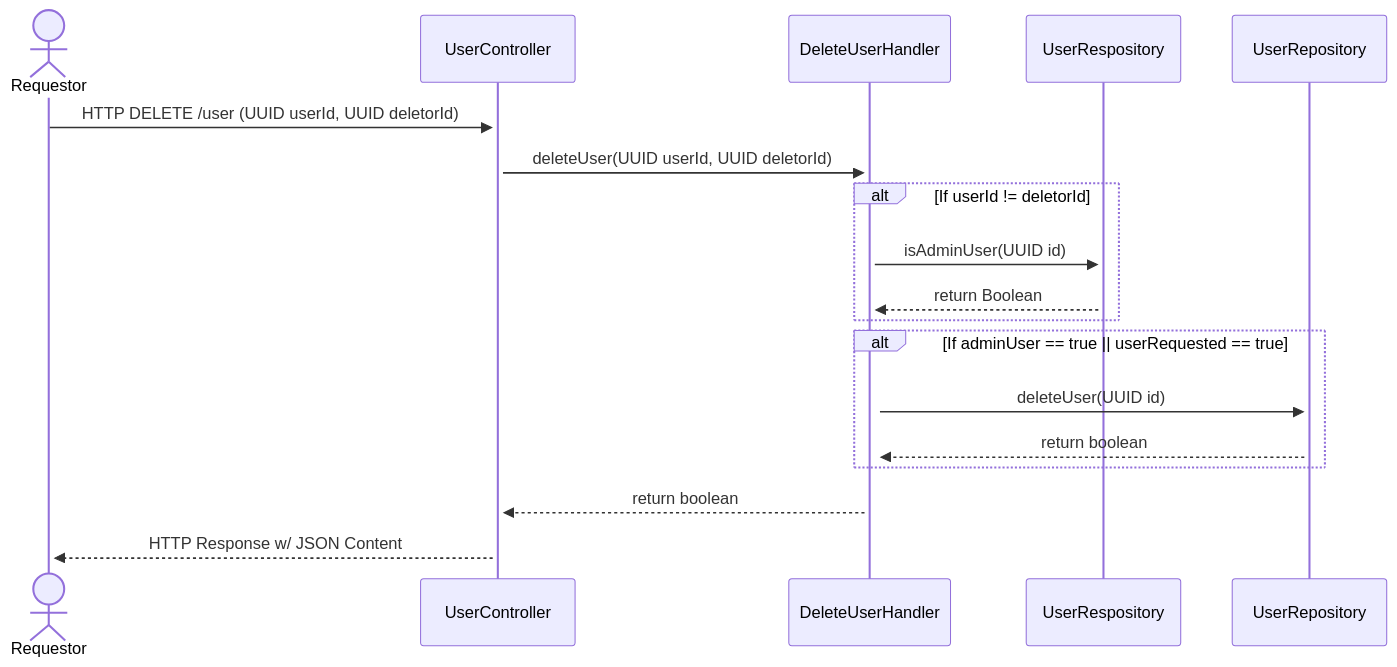
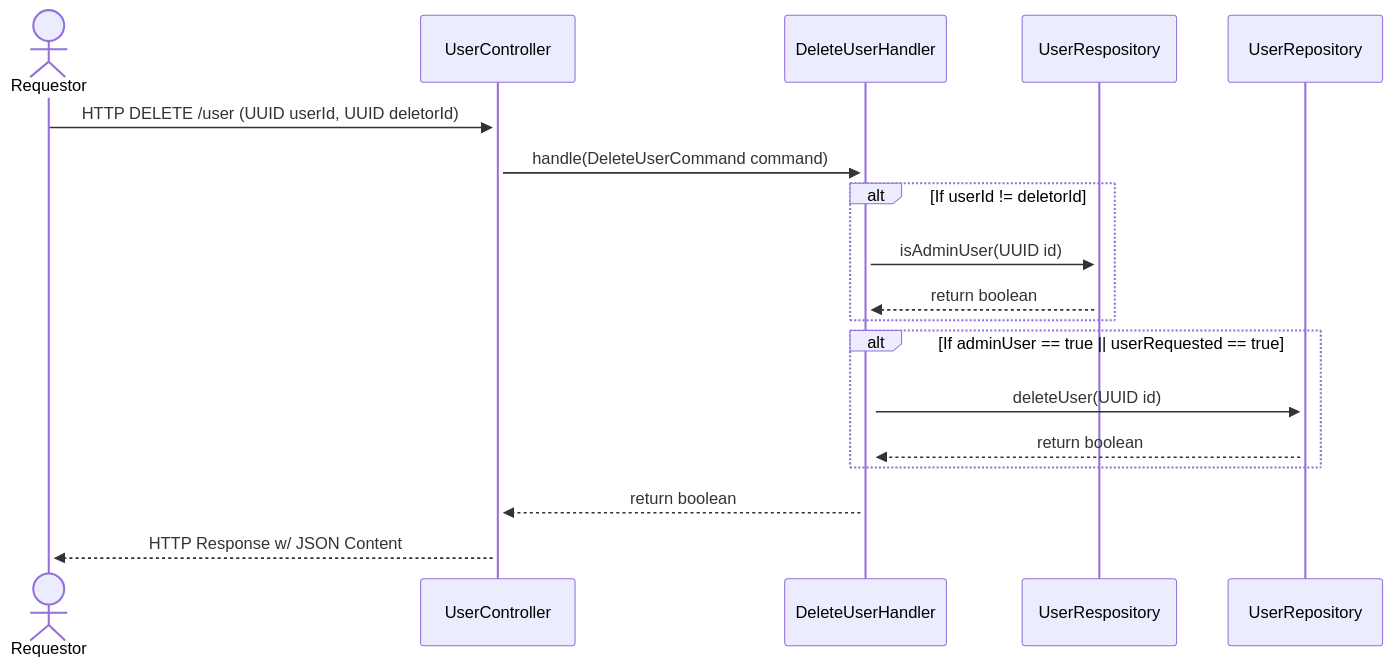
One commit to patrickSlaine/Java-Cloud-Storage changed the third of 7 diagrams in docs/pages/design/sequenceDiagrams.md. Above: the diagram before and after it, drawn with Mermaid. The commit also changed other lines of this file, not shown here.

Commit message:
Sequence Diagrams

````diff
--- a/docs/pages/design/sequenceDiagrams.md
+++ b/docs/pages/design/sequenceDiagrams.md
@@ -37,18 +37,18 @@
 ```mermaid
 sequenceDiagram
     actor Requestor
     Requestor ->>+ UserController: HTTP DELETE /user (UUID userId, UUID deletorId)
-    UserController ->>+ DeleteUserHandler: deleteUser(UUID userId, UUID deletorId)
+    UserController ->>+ DeleteUserHandler: handle(DeleteUserCommand command)
     alt If userId != deletorId
         DeleteUserHandler ->>+ UserRespository: isAdminUser(UUID id)
-        UserRespository -->>+ DeleteUserHandler: return Boolean
+        UserRespository -->>+ DeleteUserHandler: return boolean
     end
 
     alt If adminUser == true || userRequested == true
         DeleteUserHandler ->>+ UserRepository: deleteUser(UUID id)
         UserRepository -->>+ DeleteUserHandler: return boolean
     end
 
     DeleteUserHandler -->>+ UserController: return boolean
     UserController -->>+ Requestor: HTTP Response w/ JSON Content
 ```
````
